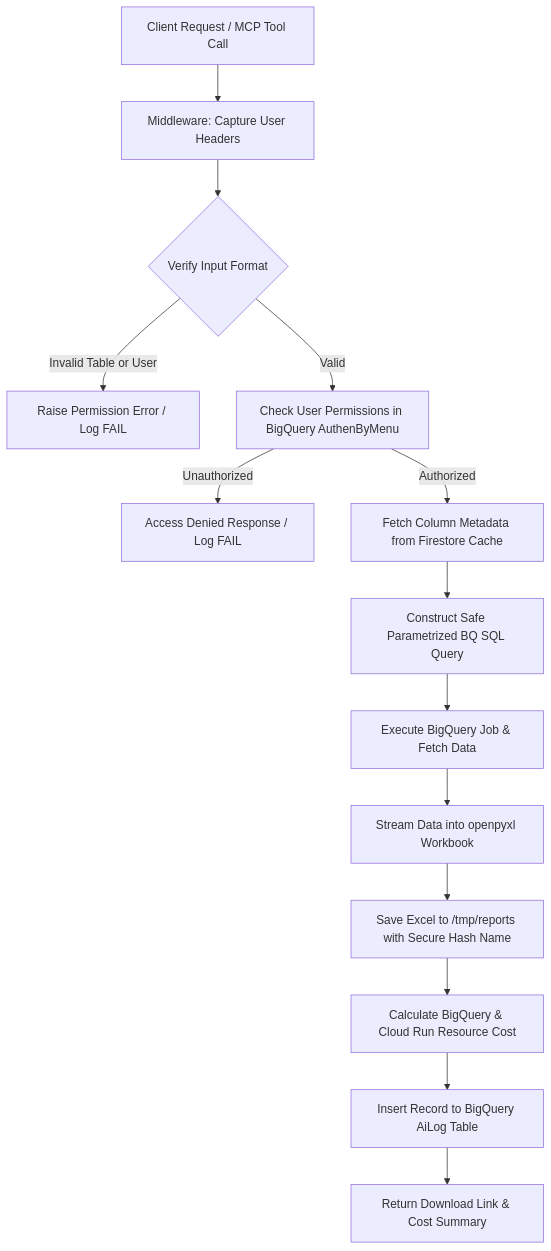
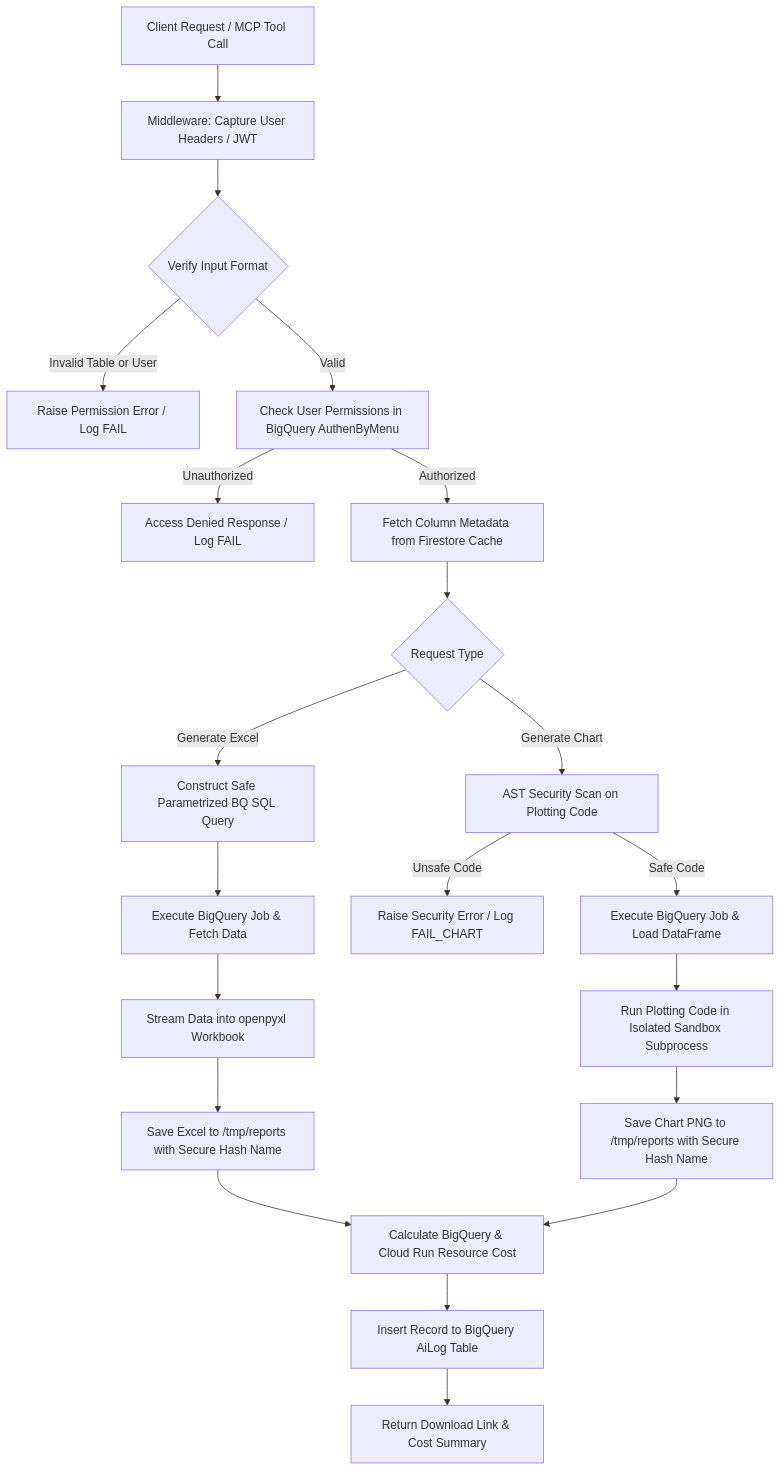
One commit to itscasset/SCReport changed the diagram in README.md. Above: the diagram before and after it, drawn with Mermaid. The commit also changed other lines of this file and 11 other files, not shown here.

````diff
--- a/README.md
+++ b/README.md
@@ -26,16 +28,28 @@
 ```mermaid
 graph TD
-    A[Client Request / MCP Tool Call] --> B[Middleware: Capture User Headers]
+    A[Client Request / MCP Tool Call] --> B[Middleware: Capture User Headers / JWT]
     B --> C{Verify Input Format}
     C -- Invalid Table or User --> D[Raise Permission Error / Log FAIL]
     C -- Valid --> E[Check User Permissions in BigQuery AuthenByMenu]
     E -- Unauthorized --> F[Access Denied Response / Log FAIL]
     E -- Authorized --> G[Fetch Column Metadata from Firestore Cache]
-    G --> H[Construct Safe Parametrized BQ SQL Query]
-    H --> I[Execute BigQuery Job & Fetch Data]
-    I --> J[Stream Data into openpyxl Workbook]
-    J --> K[Save Excel to /tmp/reports with Secure Hash Name]
-    K --> L[Calculate BigQuery & Cloud Run Resource Cost]
-    L --> M[Insert Record to BigQuery AiLog Table]
-    M --> N[Return Download Link & Cost Summary]
+    G --> H{Request Type}
+    
+    %% Excel Generation Path
+    H -- Generate Excel --> I[Construct Safe Parametrized BQ SQL Query]
+    I --> J[Execute BigQuery Job & Fetch Data]
+    J --> K[Stream Data into openpyxl Workbook]
+    K --> L[Save Excel to /tmp/reports with Secure Hash Name]
+    
+    %% Chart Generation Path
+    H -- Generate Chart --> M[AST Security Scan on Plotting Code]
+    M -- Unsafe Code --> N[Raise Security Error / Log FAIL_CHART]
+    M -- Safe Code --> O[Execute BigQuery Job & Load DataFrame]
+    O --> P[Run Plotting Code in Isolated Sandbox Subprocess]
+    P --> Q[Save Chart PNG to /tmp/reports with Secure Hash Name]
+    
+    L --> R[Calculate BigQuery & Cloud Run Resource Cost]
+    Q --> R
+    R --> S[Insert Record to BigQuery AiLog Table]
+    S --> T[Return Download Link & Cost Summary]
 ```
````
